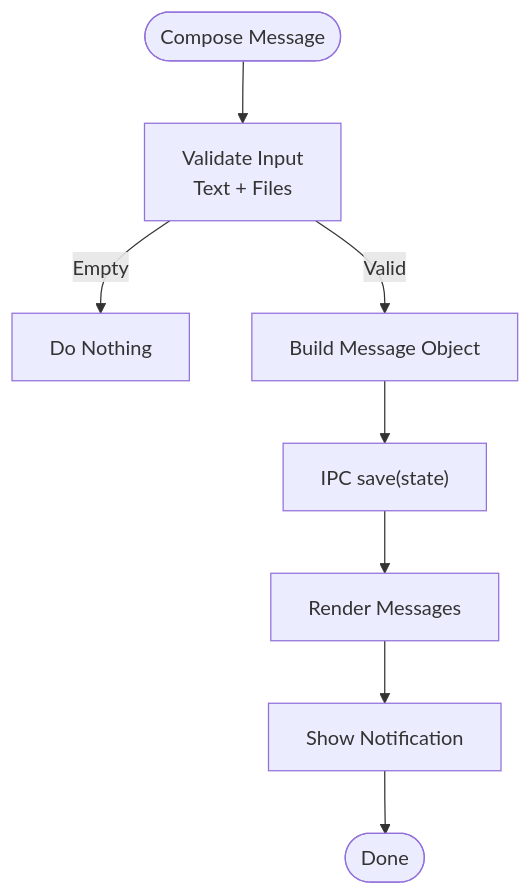
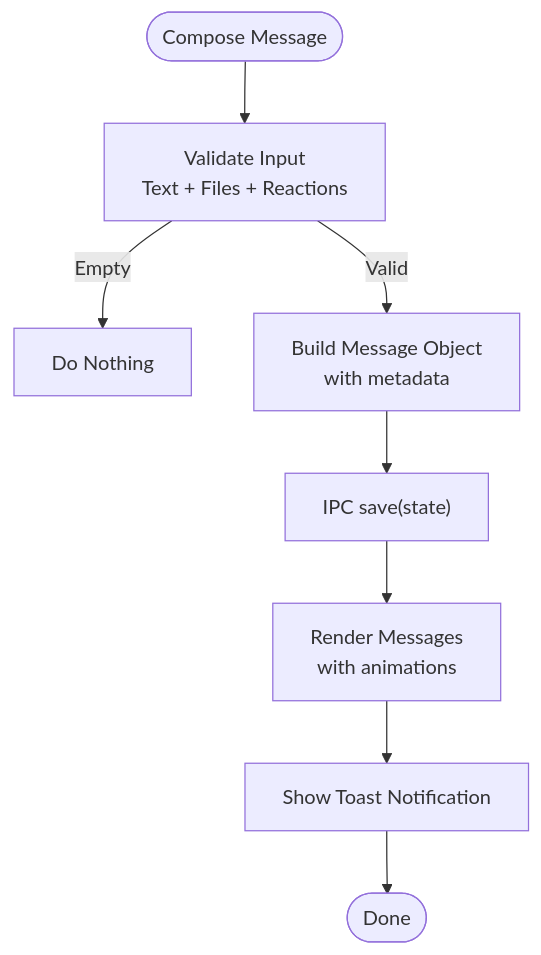
The third of 18 diagrams in .qoder/repowiki/en/content/Core Features.md (Annguyen0410/Personal-Messenger-Like-Storage-), drawn with Mermaid before and after one commit. The commit also changed other lines of this file and 19 other files, not shown here.

````diff
--- a/.qoder/repowiki/en/content/Core Features.md
+++ b/.qoder/repowiki/en/content/Core Features.md
@@ -135,10 +156,10 @@
 ```mermaid
 flowchart TD
-Start(["Compose Message"]) --> Validate["Validate Input<br/>Text + Files"]
+Start(["Compose Message"]) --> Validate["Validate Input<br/>Text + Files + Reactions"]
 Validate --> |Empty| EndNoop["Do Nothing"]
-Validate --> |Valid| BuildMsg["Build Message Object"]
+Validate --> |Valid| BuildMsg["Build Message Object<br/>with metadata"]
 BuildMsg --> Persist["IPC save(state)"]
-Persist --> Render["Render Messages"]
-Render --> Notify["Show Notification"]
+Persist --> Render["Render Messages<br/>with animations"]
+Render --> Notify["Show Toast Notification"]
 Notify --> End(["Done"])
 ```
````
